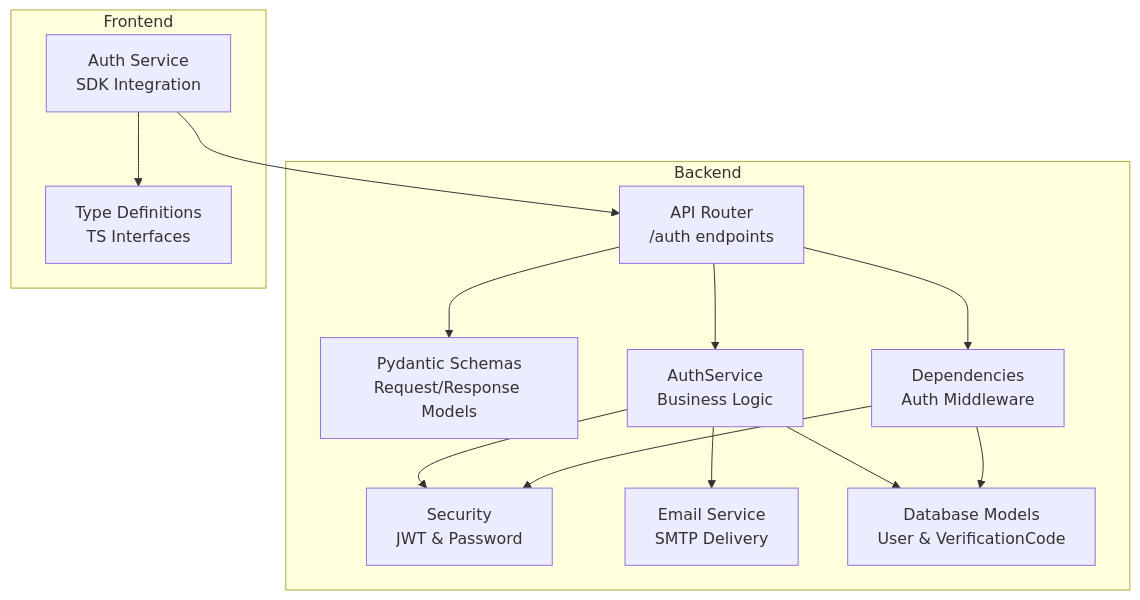
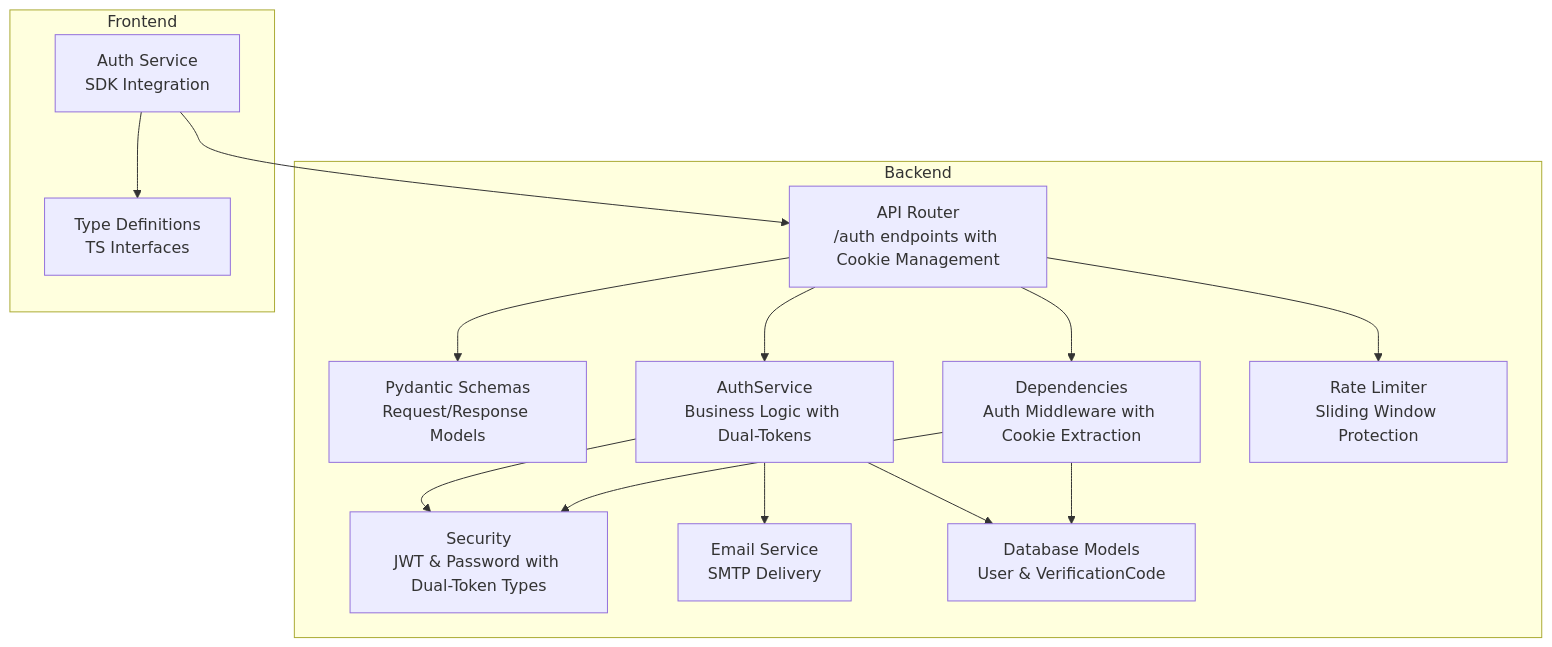
One commit to rainRise/aidiary changed the first of 4 diagrams in .qoder/repowiki/en/content/Backend System/API Endpoints Reference/Authentication Endpoints.md. Above: the diagram before and after it, drawn with Mermaid. The commit also changed other lines of this file and 21 other files, not shown here.

````diff
--- a/.qoder/repowiki/en/content/Backend System/API Endpoints Reference/Authentication Endpoints.md
+++ b/.qoder/repowiki/en/content/Backend System/API Endpoints Reference/Authentication Endpoints.md
@@ -41,26 +56,28 @@
 ```mermaid
 graph TB
 subgraph "Backend"
-API["API Router<br/>/auth endpoints"]
+API["API Router<br/>/auth endpoints with Cookie Management"]
 Schemas["Pydantic Schemas<br/>Request/Response Models"]
-Service["AuthService<br/>Business Logic"]
-Security["Security<br/>JWT & Password"]
-Deps["Dependencies<br/>Auth Middleware"]
+Service["AuthService<br/>Business Logic with Dual-Tokens"]
+Security["Security<br/>JWT & Password with Dual-Token Types"]
+Deps["Dependencies<br/>Auth Middleware with Cookie Extraction"]
+RateLimit["Rate Limiter<br/>Sliding Window Protection"]
 Email["Email Service<br/>SMTP Delivery"]
 Models["Database Models<br/>User & VerificationCode"]
 end
 subgraph "Frontend"
 FrontendService["Auth Service<br/>SDK Integration"]
 Types["Type Definitions<br/>TS Interfaces"]
 end
 FrontendService --> API
 API --> Service
 Service --> Security
 Service --> Email
 Service --> Models
 API --> Schemas
 API --> Deps
+API --> RateLimit
 Deps --> Security
 Deps --> Models
 FrontendService --> Types
 ```
````
